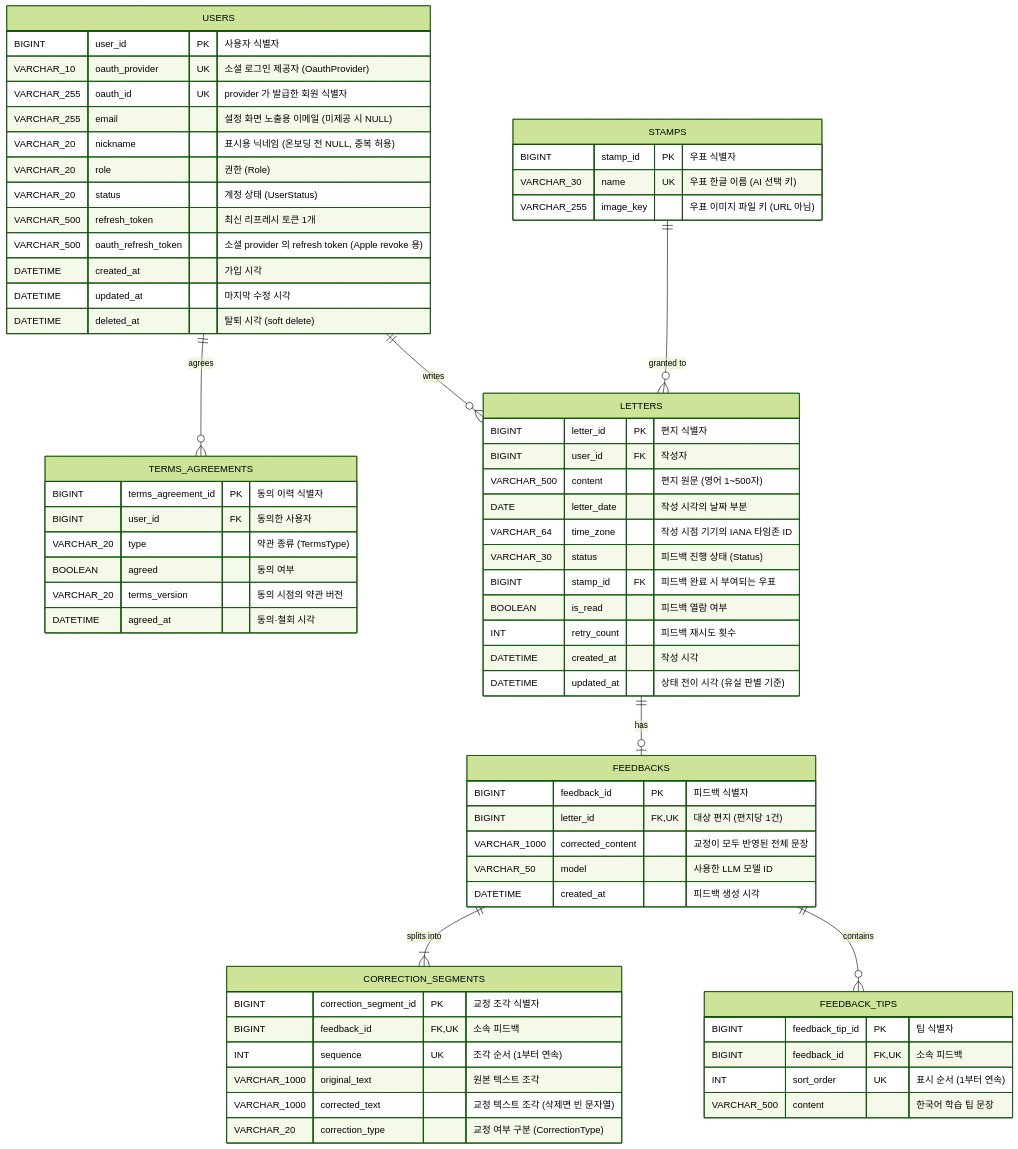
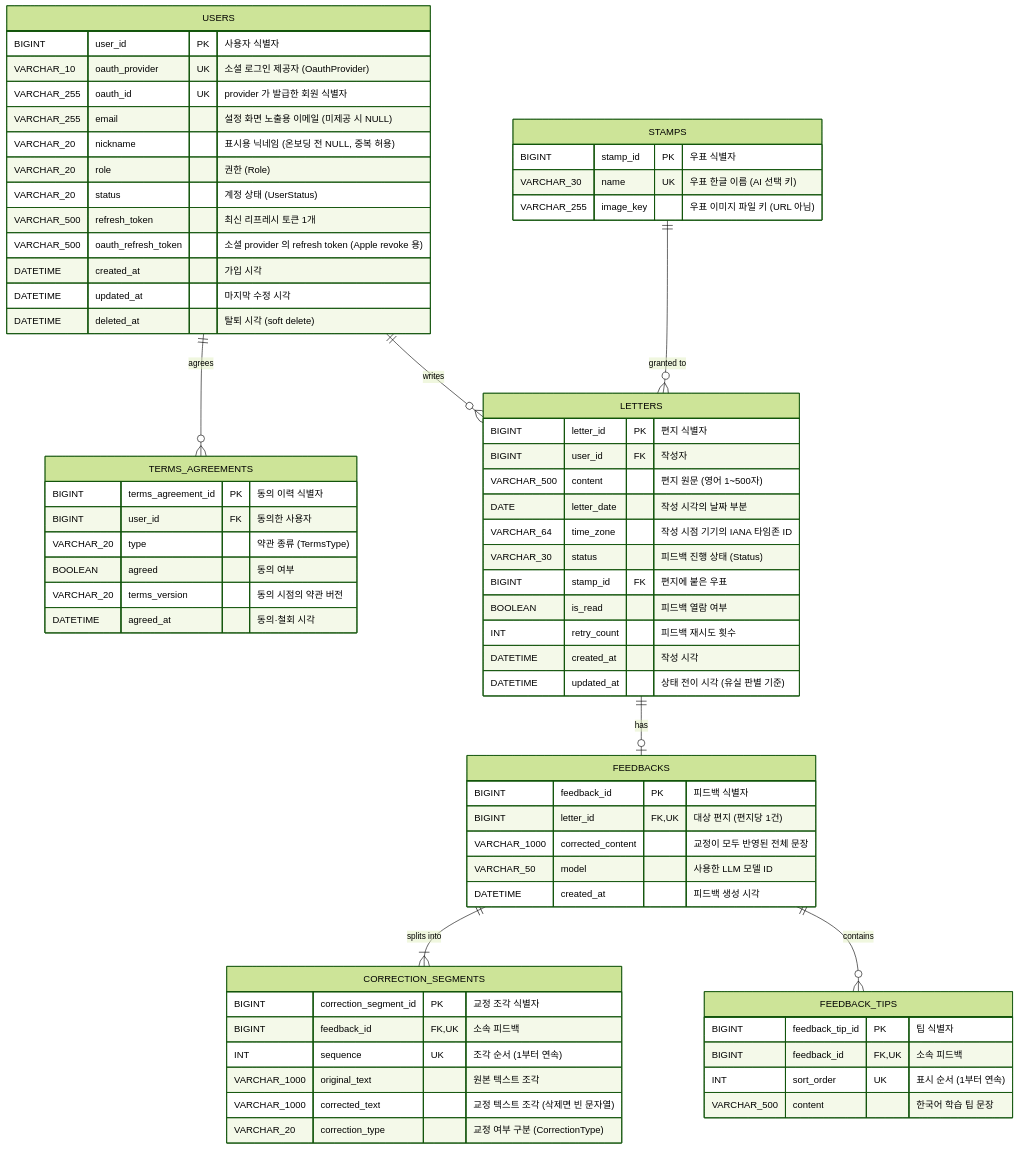
Before and after one commit to Dear-Jolly/Jolly_Server: the diagram in docs/ERD.md, drawn with Mermaid (forest theme). The commit also changed other lines of this file and 11 other files, not shown here.

````diff
--- a/docs/ERD.md
+++ b/docs/ERD.md
@@ -32,77 +32,77 @@
 ```mermaid
 erDiagram
     USERS ||--o{ TERMS_AGREEMENTS : "agrees"
     USERS ||--o{ LETTERS : "writes"
     LETTERS ||--o| FEEDBACKS : "has"
     FEEDBACKS ||--|{ CORRECTION_SEGMENTS : "splits into"
     FEEDBACKS ||--o{ FEEDBACK_TIPS : "contains"
     STAMPS ||--o{ LETTERS : "granted to"
 
     USERS {
         BIGINT user_id PK "사용자 식별자"
         VARCHAR_10 oauth_provider UK "소셜 로그인 제공자 (OauthProvider)"
         VARCHAR_255 oauth_id UK "provider 가 발급한 회원 식별자"
         VARCHAR_255 email "설정 화면 노출용 이메일 (미제공 시 NULL)"
         VARCHAR_20 nickname "표시용 닉네임 (온보딩 전 NULL, 중복 허용)"
         VARCHAR_20 role "권한 (Role)"
         VARCHAR_20 status "계정 상태 (UserStatus)"
         VARCHAR_500 refresh_token "최신 리프레시 토큰 1개"
         VARCHAR_500 oauth_refresh_token "소셜 provider 의 refresh token (Apple revoke 용)"
         DATETIME created_at "가입 시각"
         DATETIME updated_at "마지막 수정 시각"
         DATETIME deleted_at "탈퇴 시각 (soft delete)"
     }
 
     TERMS_AGREEMENTS {
         BIGINT terms_agreement_id PK "동의 이력 식별자"
         BIGINT user_id FK "동의한 사용자"
         VARCHAR_20 type "약관 종류 (TermsType)"
         BOOLEAN agreed "동의 여부"
         VARCHAR_20 terms_version "동의 시점의 약관 버전"
         DATETIME agreed_at "동의·철회 시각"
     }
 
     LETTERS {
         BIGINT letter_id PK "편지 식별자"
         BIGINT user_id FK "작성자"
         VARCHAR_500 content "편지 원문 (영어 1~500자)"
         DATE letter_date "작성 시각의 날짜 부분"
         VARCHAR_64 time_zone "작성 시점 기기의 IANA 타임존 ID"
         VARCHAR_30 status "피드백 진행 상태 (Status)"
-        BIGINT stamp_id FK "피드백 완료 시 부여되는 우표"
+        BIGINT stamp_id FK "편지에 붙은 우표"
         BOOLEAN is_read "피드백 열람 여부"
         INT retry_count "피드백 재시도 횟수"
         DATETIME created_at "작성 시각"
         DATETIME updated_at "상태 전이 시각 (유실 판별 기준)"
     }
 
     STAMPS {
         BIGINT stamp_id PK "우표 식별자"
         VARCHAR_30 name UK "우표 한글 이름 (AI 선택 키)"
         VARCHAR_255 image_key "우표 이미지 파일 키 (URL 아님)"
     }
 
     FEEDBACKS {
         BIGINT feedback_id PK "피드백 식별자"
         BIGINT letter_id FK,UK "대상 편지 (편지당 1건)"
         VARCHAR_1000 corrected_content "교정이 모두 반영된 전체 문장"
         VARCHAR_50 model "사용한 LLM 모델 ID"
         DATETIME created_at "피드백 생성 시각"
     }
 
     CORRECTION_SEGMENTS {
         BIGINT correction_segment_id PK "교정 조각 식별자"
         BIGINT feedback_id FK,UK "소속 피드백"
         INT sequence UK "조각 순서 (1부터 연속)"
         VARCHAR_1000 original_text "원본 텍스트 조각"
         VARCHAR_1000 corrected_text "교정 텍스트 조각 (삭제면 빈 문자열)"
         VARCHAR_20 correction_type "교정 여부 구분 (CorrectionType)"
     }
 
     FEEDBACK_TIPS {
         BIGINT feedback_tip_id PK "팁 식별자"
         BIGINT feedback_id FK,UK "소속 피드백"
         INT sort_order UK "표시 순서 (1부터 연속)"
         VARCHAR_500 content "한국어 학습 팁 문장"
     }
 ```
````
